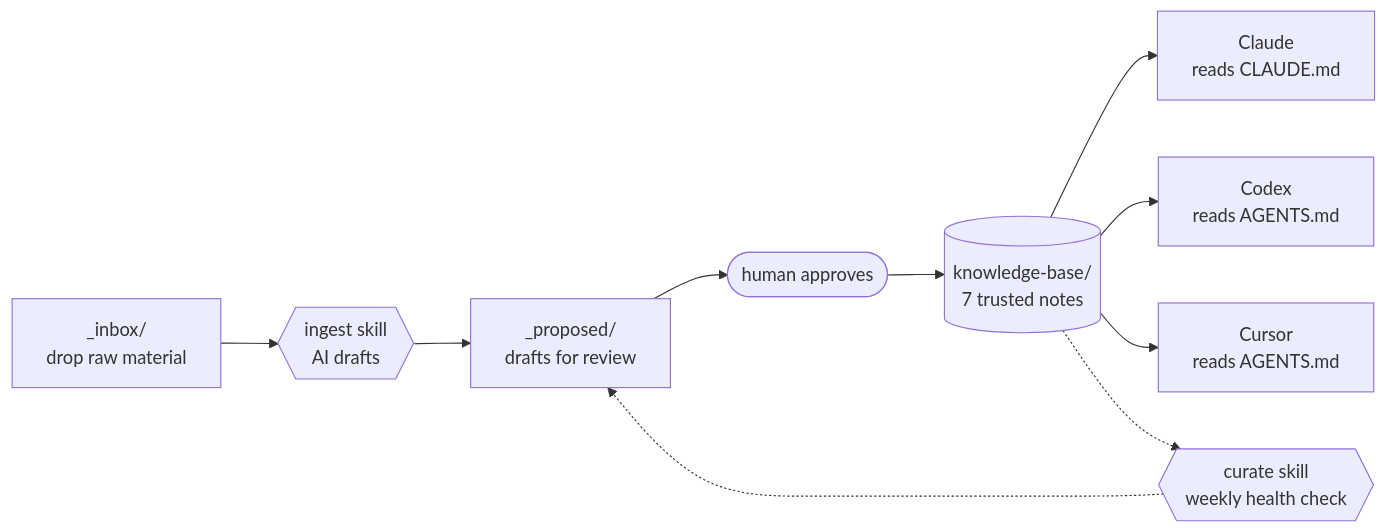
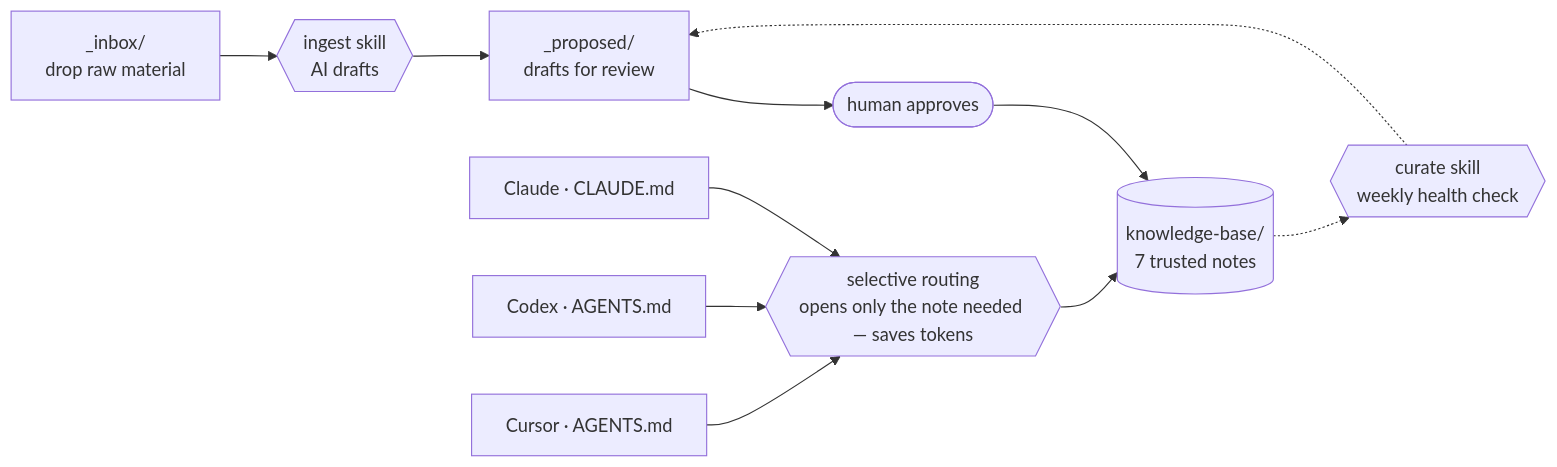
One commit to policani/portable-cross-agent-second-brain changed the diagram in README.md. Above: the diagram before and after it, drawn with Mermaid. The commit also changed other lines of this file and 4 other files, not shown here.

Commit message:
Rename to Portable Cross-Agent Second Brain; add selective-context routing (token-saving) + value framing

````diff
--- a/README.md
+++ b/README.md
@@ -13,12 +14,13 @@
 ```mermaid
 flowchart LR
     inbox["_inbox/<br/>drop raw material"] --> ingest{{"ingest skill<br/>AI drafts"}}
     ingest --> proposed["_proposed/<br/>drafts for review"]
     proposed --> approve(["human approves"])
     approve --> vault[("knowledge-base/<br/>7 trusted notes")]
-    vault --> claude["Claude<br/>reads CLAUDE.md"]
-    vault --> codex["Codex<br/>reads AGENTS.md"]
-    vault --> cursor["Cursor<br/>reads AGENTS.md"]
     vault -.-> curate{{"curate skill<br/>weekly health check"}}
     curate -.-> proposed
+    claude["Claude · CLAUDE.md"] --> router
+    codex["Codex · AGENTS.md"] --> router
+    cursor["Cursor · AGENTS.md"] --> router
+    router{{"selective routing<br/>opens only the note needed — saves tokens"}} --> vault
 ```
````
